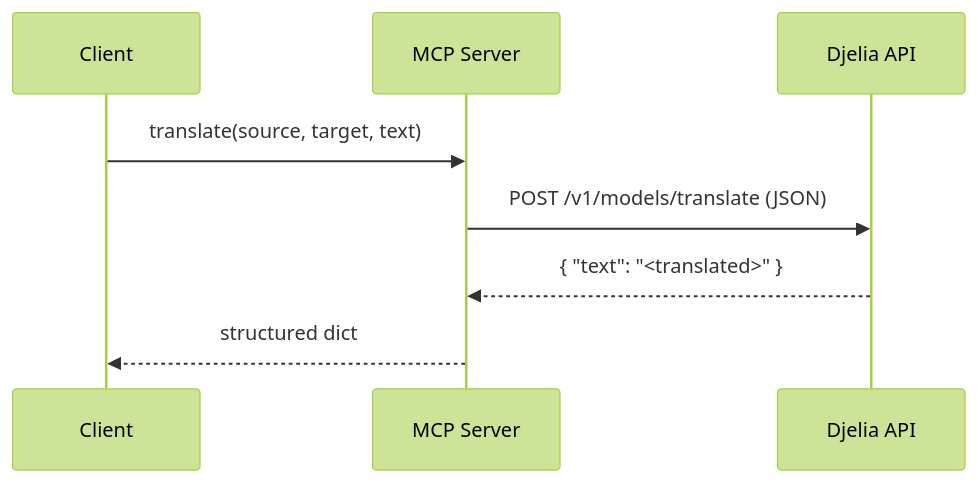
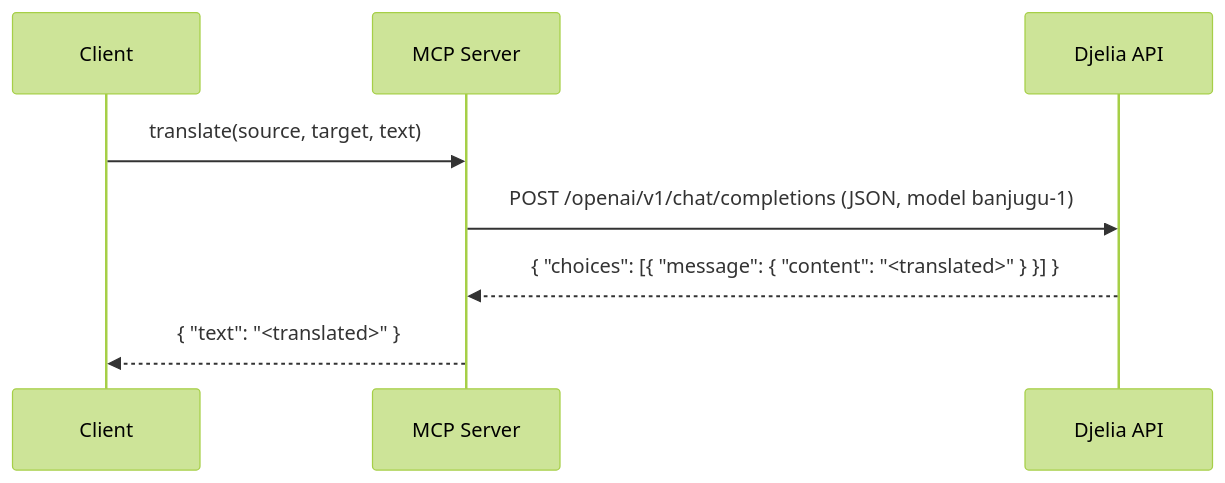
Before and after one commit to djelia-org/djelia-mcp-server: the third of 6 diagrams in README.md, drawn with Mermaid (forest theme). The commit also changed other lines of this file and 4 other files, not shown here.

````diff
--- a/README.md
+++ b/README.md
@@ -86,10 +83,10 @@
 ```mermaid
 sequenceDiagram
     participant C as Client
     participant S as MCP Server
     participant D as Djelia API
     C->>S: translate(source, target, text)
-    S->>D: POST /v1/models/translate (JSON)
-    D-->>S: { "text": "<translated>" }
-    S-->>C: structured dict
+    S->>D: POST /openai/v1/chat/completions (JSON, model banjugu-1)
+    D-->>S: { "choices": [{ "message": { "content": "<translated>" } }] }
+    S-->>C: { "text": "<translated>" }
 ```
````
